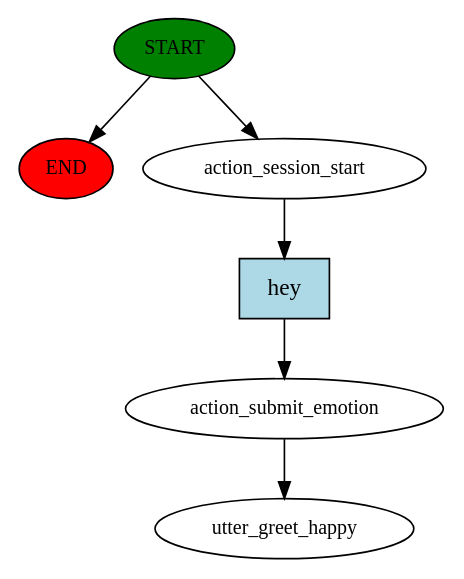
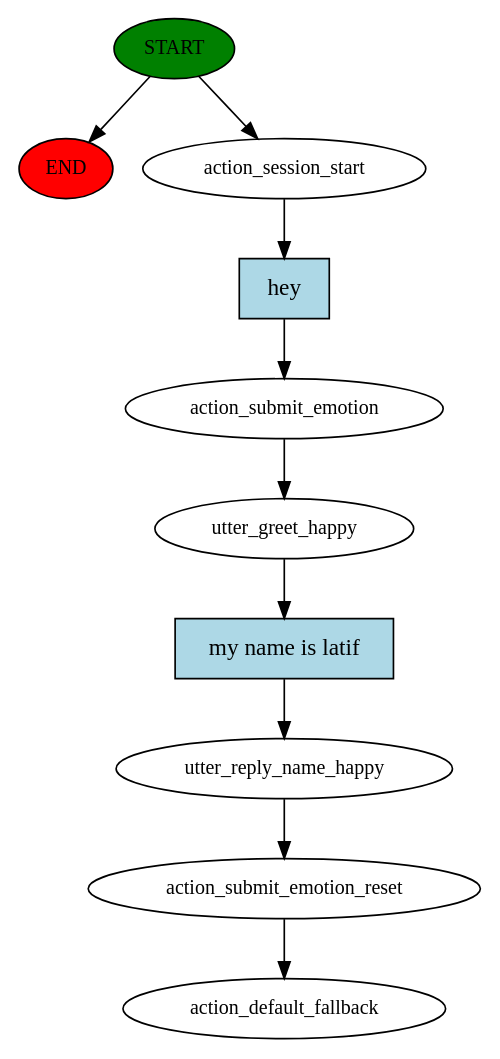
One commit to latifyahia/EmotionAIChatbot changed the diagram in rasa/story_graph.dot. Above: the diagram before and after it, drawn with Graphviz. The commit also changed 14 other files, not shown here.

Commit message:
got the emotion slot working properly with stories. The bot will talk to you different now when your first greet the bot depending on the emotion it detects through your face

```diff
--- a/rasa/story_graph.dot
+++ b/rasa/story_graph.dot
@@ -1,13 +1,21 @@
 digraph  {
 0 [class="start active", fillcolor=green, fontsize=12, label=START, style=filled];
 "-1" [class=end, fillcolor=red, fontsize=12, label=END, style=filled];
 1 [class=active, fontsize=12, label=action_session_start];
 2 [class=active, fontsize=12, label=action_submit_emotion];
-3 [class="dashed active", fontsize=12, label=utter_greet_happy];
-4 [class="intent active", fillcolor=lightblue, label=hey, shape=rect, style=filled];
+3 [class=active, fontsize=12, label=utter_greet_happy];
+4 [class=active, fontsize=12, label=utter_reply_name_happy];
+5 [class=active, fontsize=12, label=action_submit_emotion_reset];
+6 [class="dashed active", fontsize=12, label=action_default_fallback];
+7 [class="intent active", fillcolor=lightblue, label=hey, shape=rect, style=filled];
+8 [class="intent active", fillcolor=lightblue, label="my name is latif", shape=rect, style=filled];
 0 -> "-1"  [class="", key=NONE, label=""];
 0 -> 1  [class=active, key=NONE, label=""];
-1 -> 4  [class=active, key=0];
+1 -> 7  [class=active, key=0];
 2 -> 3  [class=active, key=NONE, label=""];
-4 -> 2  [class=active, key=0];
+3 -> 8  [class=active, key=0];
+4 -> 5  [class=active, key=NONE, label=""];
+5 -> 6  [class=active, key=NONE, label=""];
+7 -> 2  [class=active, key=0];
+8 -> 4  [class=active, key=0];
 }
```
